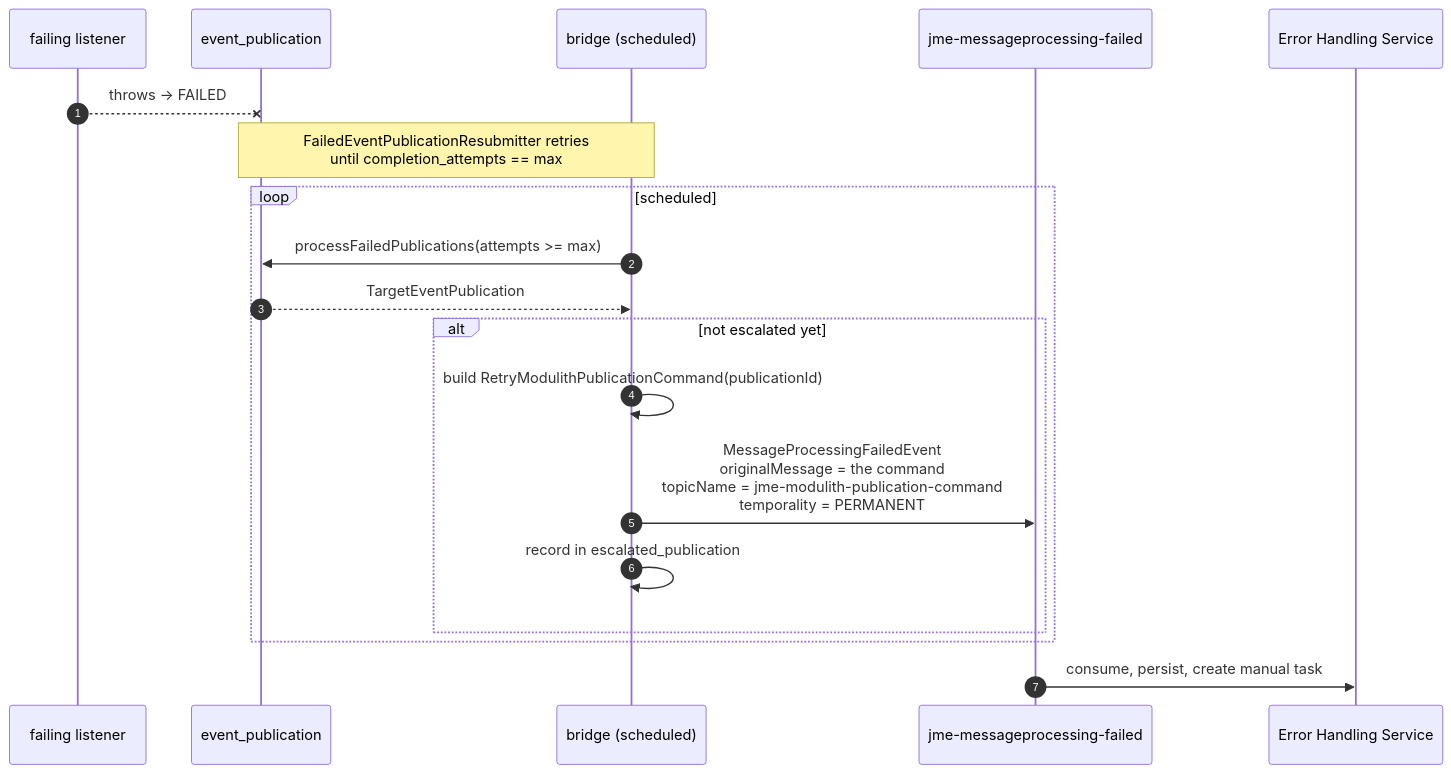
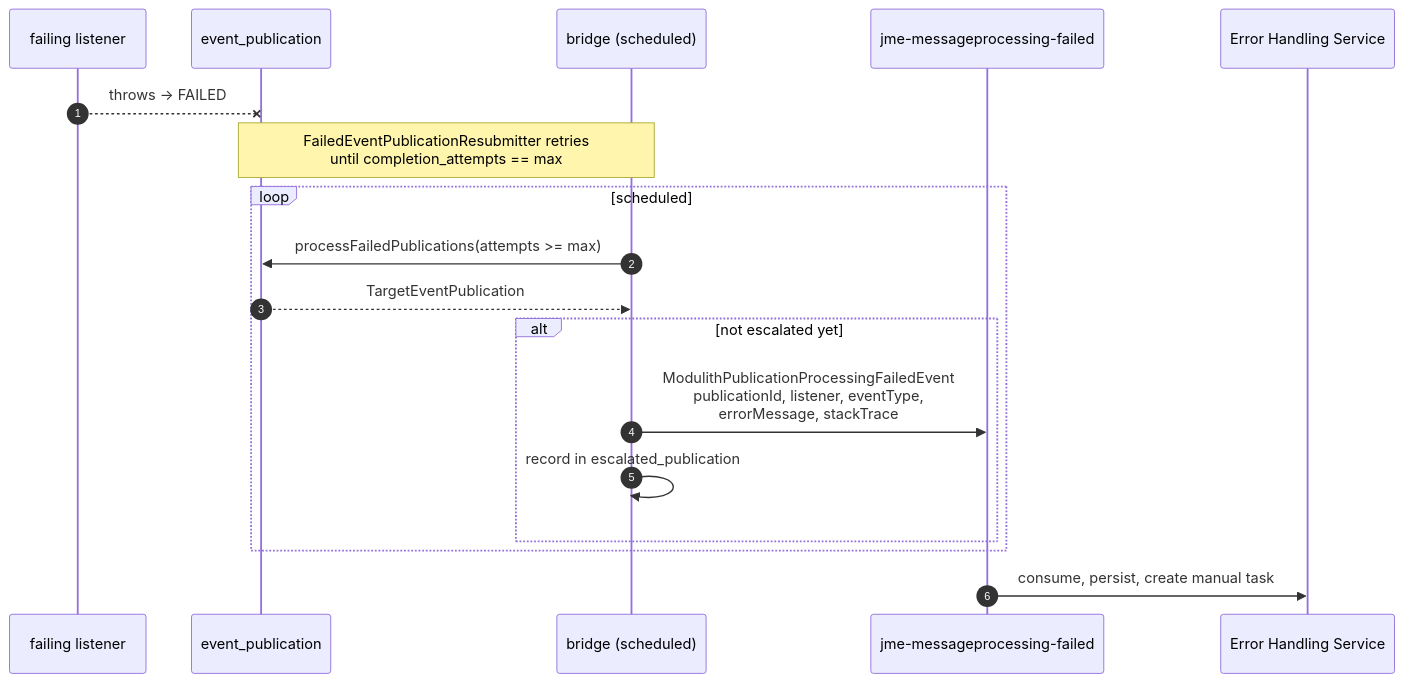
The first of 2 diagrams in docs/async-event-error-handling-design.md (jme-admin-ch/jme-spring-modulith-example), drawn with Mermaid before and after one commit. The commit also changed other lines of this file, not shown here.

First line of the commit message:
Add the Avro schemas of the planned message types to the design

````diff
--- a/docs/async-event-error-handling-design.md
+++ b/docs/async-event-error-handling-design.md
@@ -165,23 +265,22 @@
 ```mermaid
 sequenceDiagram
     autonumber
     participant SHI as failing listener
     participant REG as event_publication
     participant BR as bridge (scheduled)
     participant ET as jme-messageprocessing-failed
     participant EHS as Error Handling Service
 
     SHI--xREG: throws → FAILED
     Note over REG,BR: FailedEventPublicationResubmitter retries<br/>until completion_attempts == max
 
     loop scheduled
         BR->>REG: processFailedPublications(attempts >= max)
         REG-->>BR: TargetEventPublication
         alt not escalated yet
-            BR->>BR: build RetryModulithPublicationCommand(publicationId)
-            BR->>ET: MessageProcessingFailedEvent<br/>originalMessage = the command<br/>topicName = jme-modulith-publication-command<br/>temporality = PERMANENT
+            BR->>ET: ModulithPublicationProcessingFailedEvent<br/>publicationId, listener, eventType,<br/>errorMessage, stackTrace
             BR->>BR: record in escalated_publication
         end
     end
     ET->>EHS: consume, persist, create manual task
 ```
````
